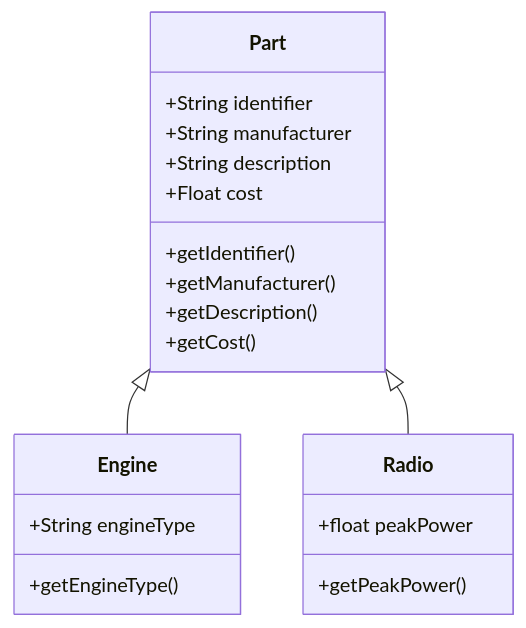
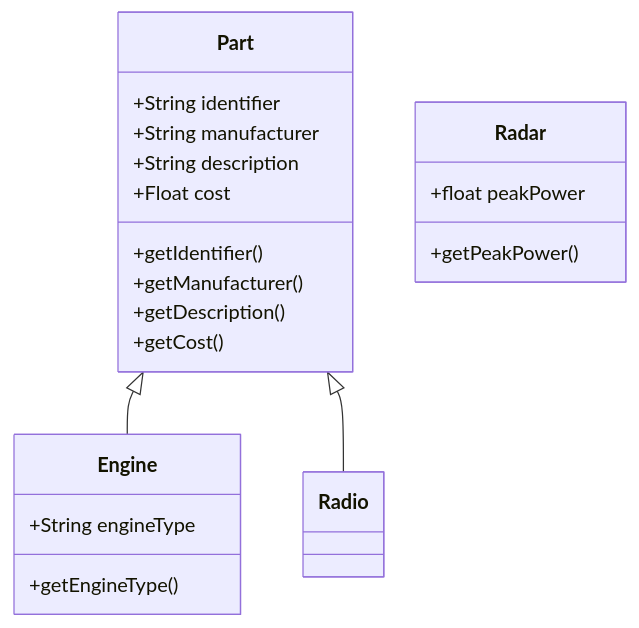
One commit to vesavvo/Object-Oriented-Programming changed the second of 3 diagrams in 3.1_Inheritance.md. Above: the diagram before and after it, drawn with Mermaid.

Commit message:
Section 3.1 small fix in UML diagram

````diff
--- a/3.1_Inheritance.md
+++ b/3.1_Inheritance.md
@@ -135,23 +135,23 @@
 ```mermaid
 classDiagram
     Part <|-- Engine
     Part <|-- Radio
 class Part {
         +String identifier
         +String manufacturer
         +String description
         +Float cost
         +getIdentifier()
         +getManufacturer()
         +getDescription()
         +getCost()
     }
 class Engine {
     +String engineType
     +getEngineType()
 }
-class Radio {
+class Radar {
     +float peakPower
     +getPeakPower()
 }
 ```
````
